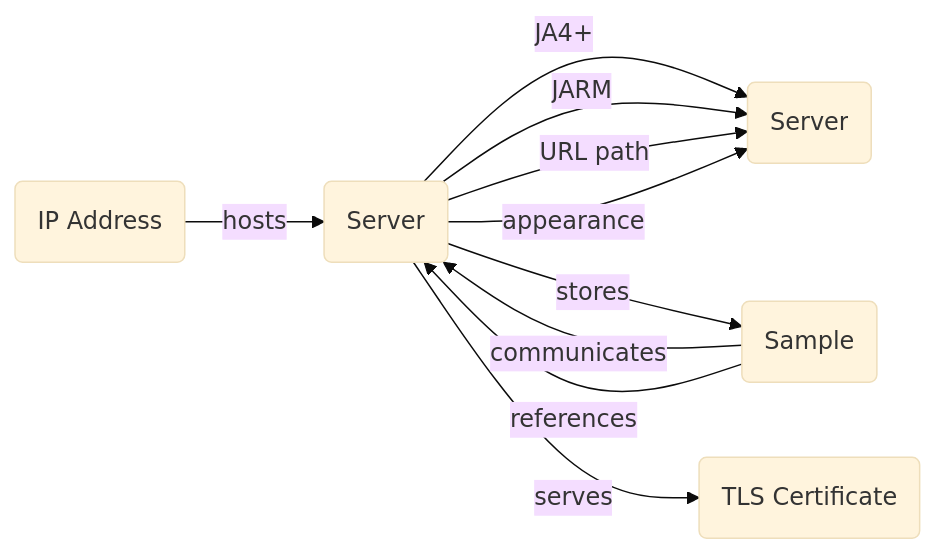
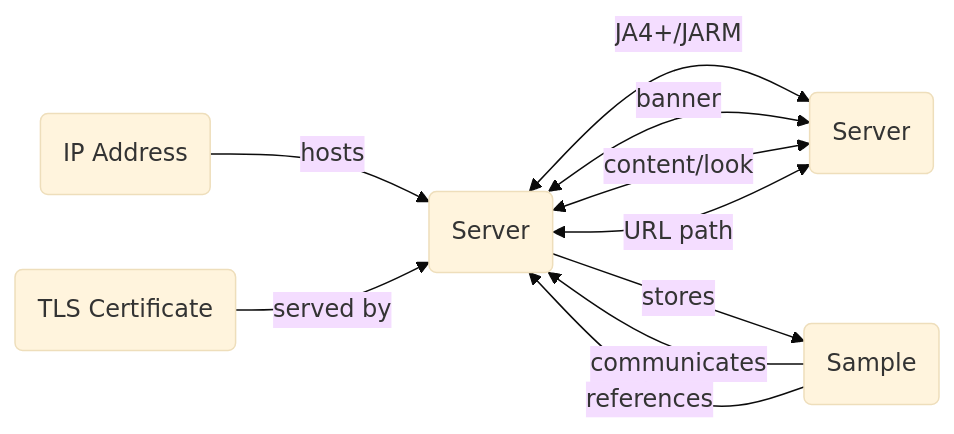
Before and after one commit to korniko98/pivot-atlas: the diagram in docs/artifacts/server.md, drawn with Mermaid (base theme). The commit also changed other lines of this file and 9 other files, not shown here.

````diff
--- a/docs/artifacts/server.md
+++ b/docs/artifacts/server.md
@@ -25,16 +25,16 @@
 	```mermaid
 	flowchart LR
 		A("IP Address") -- hosts --> B("Server")
 		C("Sample") -- communicates --> B
 		C -- references --> B
-		B -- JA4+ --> D("Server")
-		B -- JARM --> D
-		B -- URL path --> D
-		B -- appearance --> D
+		B <-- JA4+/JARM --> D("Server")
+		B <-- banner --> D
+		B <-- content/look --> D
+		B <-- URL path --> D
 		B -- stores --> C
-		B -- serves--> E("TLS Certificate")
+		E("TLS Certificate") -- served by--> B
 		click A "#ip-addresses"
 		click C "#samples"
-		click D "#server"
+		click D "#servers"
 		click E "#tls-certificates"
 	```
````
